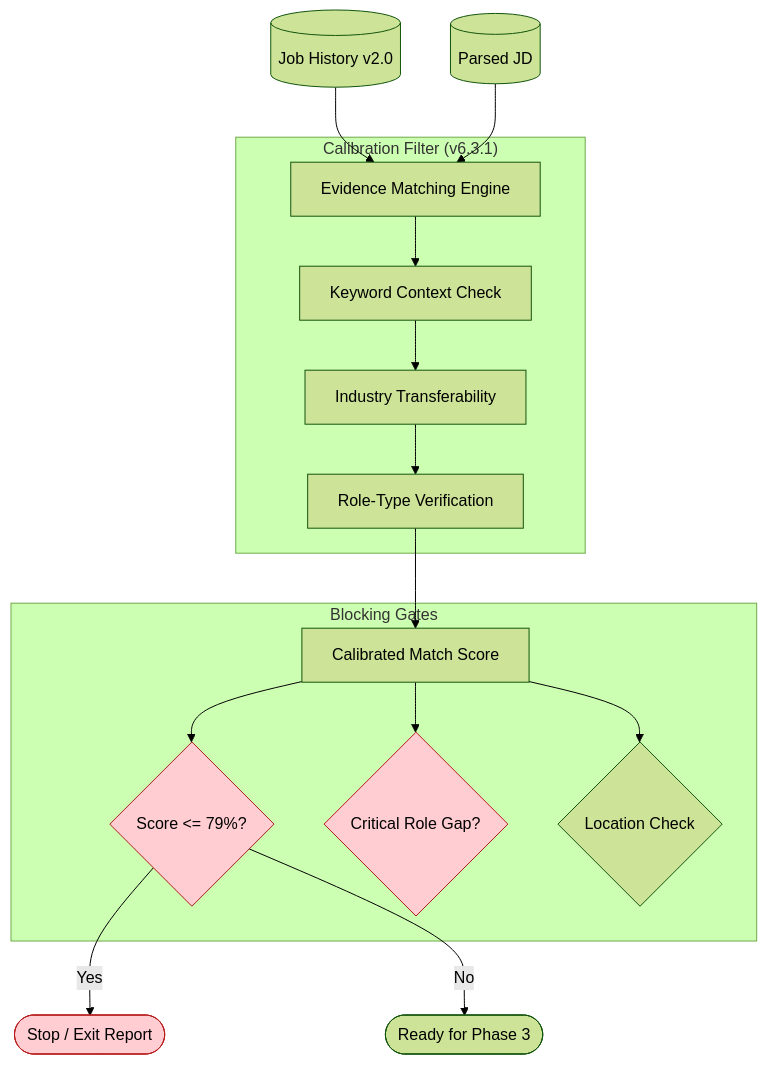
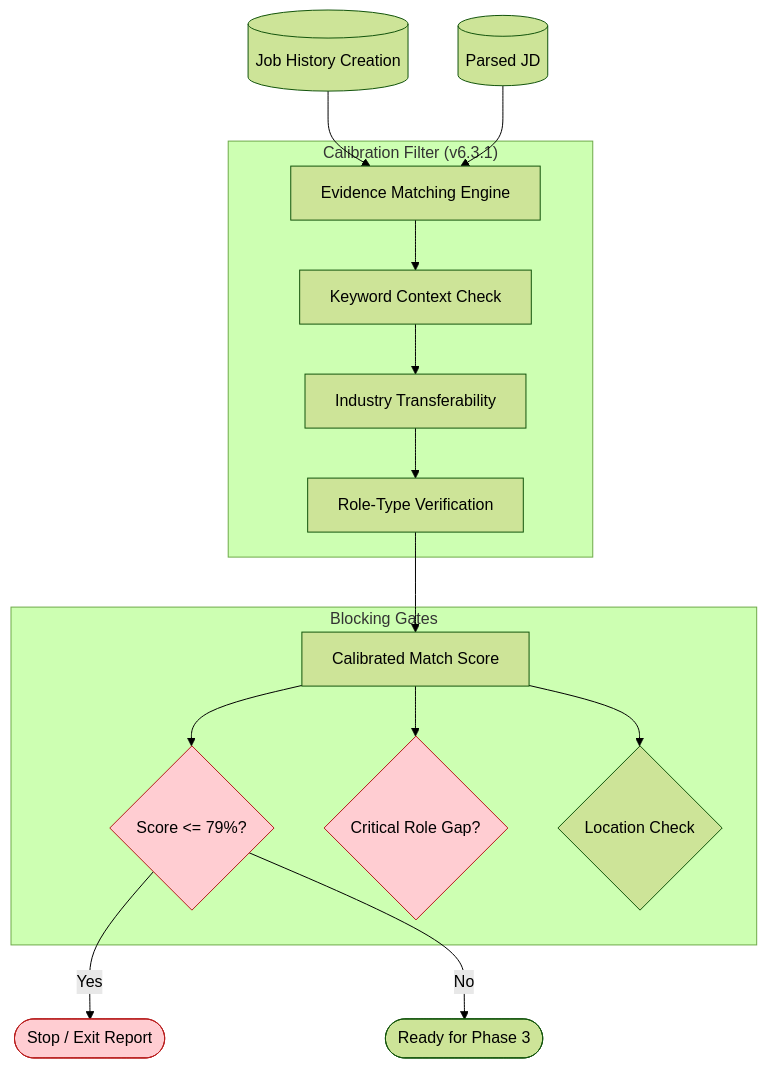
The diagram in wireframes/phase-2-core-integration-mermaid.md (technomensch/optimize-my-resume), drawn with Mermaid (forest theme) before and after one commit. The commit also changed 41 other files, not shown here.

````diff
--- a/wireframes/phase-2-core-integration-mermaid.md
+++ b/wireframes/phase-2-core-integration-mermaid.md
@@ -14,26 +14,26 @@
 ```mermaid
 flowchart TD
-    JH[(Job History v2.0)] --> Match[Evidence Matching Engine]
+    JH[(Job History Creation)] --> Match[Evidence Matching Engine]
     JD[(Parsed JD)] --> Match
     
     subgraph "Calibration Filter (v6.3.1)"
     Match --> C1[Keyword Context Check]
     C1 --> C2[Industry Transferability]
     C2 --> C3[Role-Type Verification]
     end
     
     C3 --> Score[Calibrated Match Score]
     
     subgraph "Blocking Gates"
     Score --> G1{Score <= 79%?}
     Score --> G2{Critical Role Gap?}
     Score --> G3{Location Check}
     end
     
     G1 -->|Yes| Stop([Stop / Exit Report])
     G1 -->|No| P3([Ready for Phase 3])
     
     style G1 fill:#ffcdd2,stroke:#b71c1c
     style G2 fill:#ffcdd2,stroke:#b71c1c
     style Stop fill:#ffcdd2,stroke:#b71c1c
 ```
````
